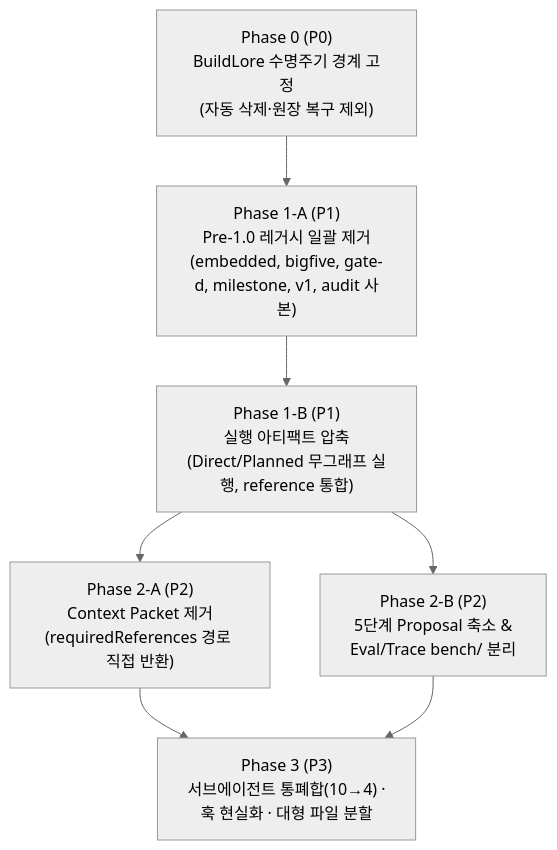
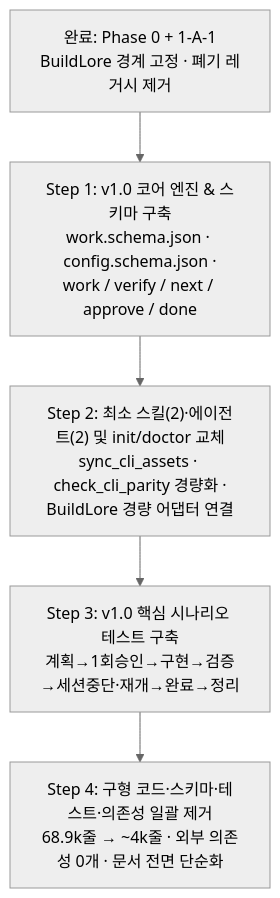
The diagram in docs/harness-slimming-transition-plan.md (silbaram/plan2agent), drawn with Mermaid (neutral theme) before and after one commit. The commit also changed other lines of this file and 44 other files, not shown here.

````diff
--- a/docs/harness-slimming-transition-plan.md
+++ b/docs/harness-slimming-transition-plan.md
@@ -283,15 +166,10 @@
 ```mermaid
 flowchart TD
-    P0["Phase 0 (P0)<br/>BuildLore 수명주기 경계 고정<br/>(자동 삭제·원장 복구 제외)"]
-    P1A["Phase 1-A (P1)<br/>Pre-1.0 레거시 일괄 제거<br/>(embedded, bigfive, gate-d, milestone, v1, audit 사본)"]
-    P1B["Phase 1-B (P1)<br/>실행 아티팩트 압축<br/>(Direct/Planned 무그래프 실행, reference 통합)"]
-    P2A["Phase 2-A (P2)<br/>Context Packet 제거<br/>(requiredReferences 경로 직접 반환)"]
-    P2B["Phase 2-B (P2)<br/>5단계 Proposal 축소 &<br/>Eval/Trace bench/ 분리"]
-    P3["Phase 3 (P3)<br/>서브에이전트 통폐합(10→4) ·<br/>훅 현실화 · 대형 파일 분할"]
+    S0["완료: Phase 0 + 1-A-1<br/>BuildLore 경계 고정 · 폐기 레거시 제거"]
+    S1["Step 1: v1.0 코어 엔진 & 스키마 구축<br/>work.schema.json · config.schema.json ·<br/>work / verify / next / approve / done"]
+    S2["Step 2: 최소 스킬(2)·에이전트(2) 및 init/doctor 교체<br/>sync_cli_assets · check_cli_parity 경량화 ·<br/>BuildLore 경량 어댑터 연결"]
+    S3["Step 3: v1.0 핵심 시나리오 테스트 구축<br/>계획→1회승인→구현→검증→세션중단·재개→완료→정리"]
+    S4["Step 4: 구형 코드·스키마·테스트·의존성 일괄 제거<br/>68.9k줄 → ~4k줄 · 외부 의존성 0개 · 문서 전면 단순화"]
 
-    P0 --> P1A --> P1B
-    P1B --> P2A
-    P1B --> P2B
-    P2A --> P3
-    P2B --> P3
+    S0 --> S1 --> S2 --> S3 --> S4
 ```
````
